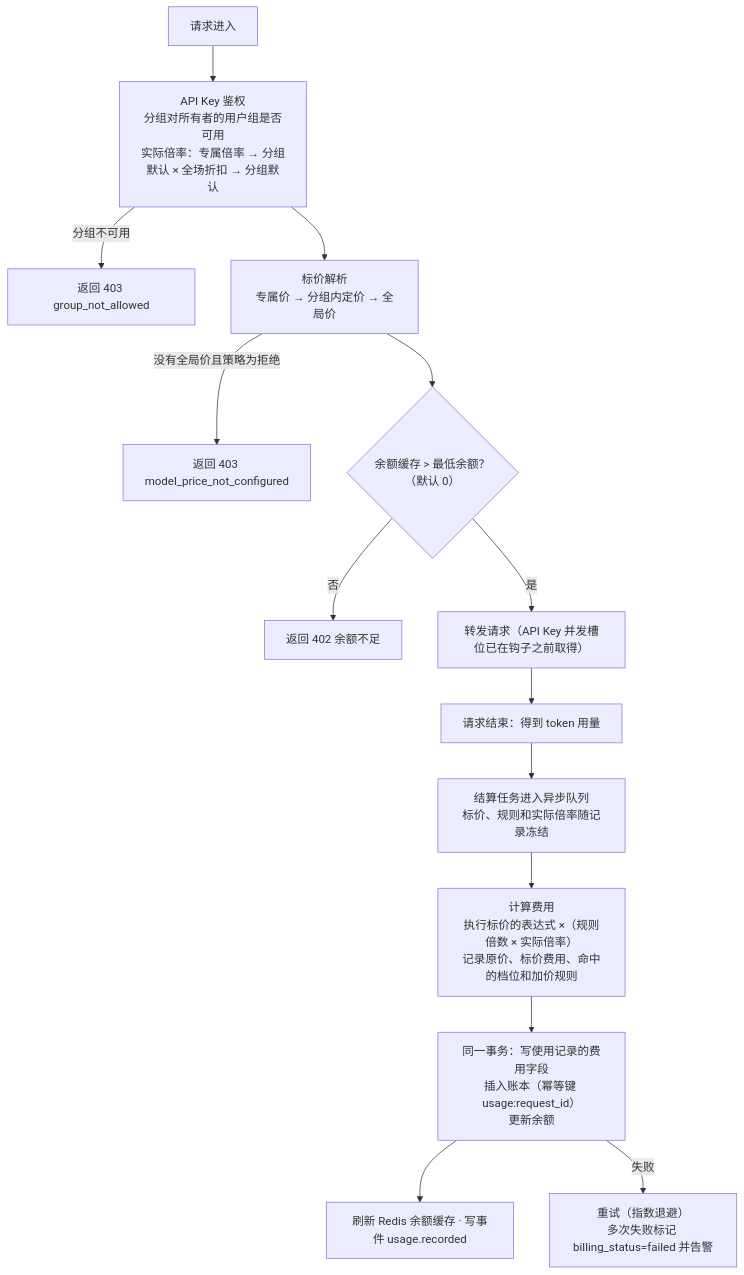
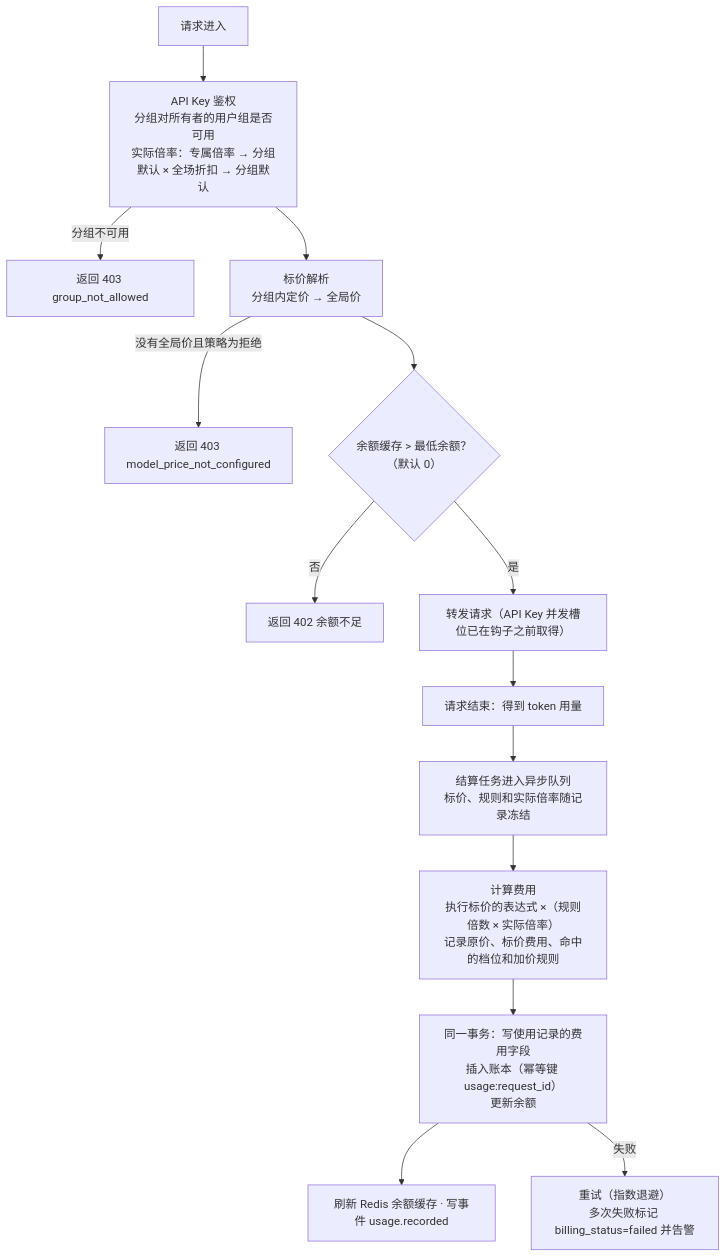
The tenth of 18 diagrams in next/docs/ARCHITECTURE.md (touwaeriol/sup2api), drawn with Mermaid before and after one commit. The commit also changed other lines of this file and 3 other files, not shown here.

````diff
--- a/next/docs/ARCHITECTURE.md
+++ b/next/docs/ARCHITECTURE.md
@@ -1153,16 +1153,17 @@
 ```mermaid
 flowchart TD
   a["请求进入"] --> k["API Key 鉴权<br/>分组对所有者的用户组是否可用<br/>实际倍率：专属倍率 → 分组默认 × 全场折扣 → 分组默认"]
   k -- 分组不可用 --> y["返回 403 group_not_allowed"]
-  k --> p["标价解析<br/>专属价 → 分组内定价 → 全局价"]
+  k --> p["标价解析<br/>分组内定价 → 全局价"]
+
   p -- 没有全局价且策略为拒绝 --> z["返回 403 model_price_not_configured"]
   p --> b{"余额缓存 > 最低余额？<br/>（默认 0）"}
   b -- 否 --> x["返回 402 余额不足"]
   b -- 是 --> c["转发请求（API Key 并发槽位已在钩子之前取得）"]
   c --> d["请求结束：得到 token 用量"]
   d --> e["结算任务进入异步队列<br/>标价、规则和实际倍率随记录冻结"]
   e --> f["计算费用<br/>执行标价的表达式 ×（规则倍数 × 实际倍率）<br/>记录原价、标价费用、命中的档位和加价规则"]
   f --> g["同一事务：写使用记录的费用字段<br/>插入账本（幂等键 usage:request_id）<br/>更新余额"]
   g --> h["刷新 Redis 余额缓存 · 写事件 usage.recorded"]
   g -- 失败 --> r["重试（指数退避）<br/>多次失败标记 billing_status=failed 并告警"]
 ```
````
